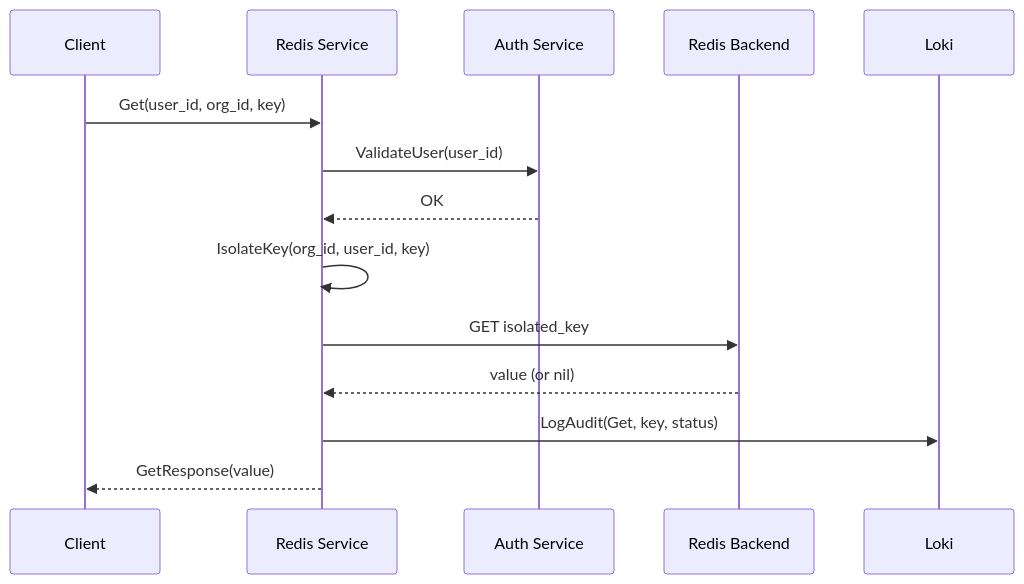
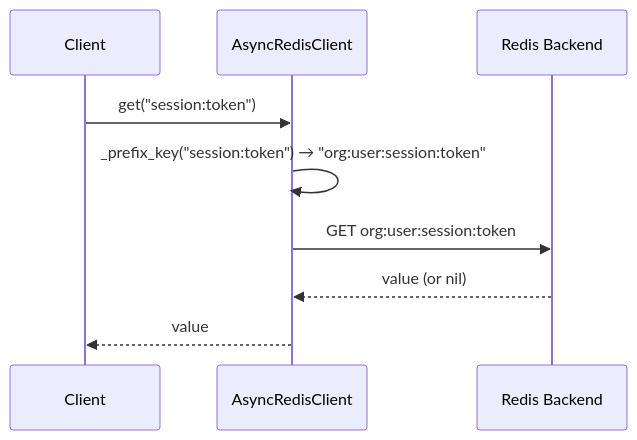
One commit to xenoISA/isA_Cloud changed the first of 3 diagrams in docs/design/README.md. Above: the diagram before and after it, drawn with Mermaid. The commit also changed other lines of this file and 5 other files, not shown here.

First line of the commit message:
docs: rewrite core docs to reflect Python-native architecture

````diff
--- a/docs/design/README.md
+++ b/docs/design/README.md
@@ -137,17 +134,12 @@
 ```mermaid
 sequenceDiagram
     participant C as Client
-    participant R as Redis Service
-    participant A as Auth Service
+    participant R as AsyncRedisClient
     participant Redis as Redis Backend
-    participant L as Loki
 
-    C->>R: Get(user_id, org_id, key)
-    R->>A: ValidateUser(user_id)
-    A-->>R: OK
-    R->>R: IsolateKey(org_id, user_id, key)
-    R->>Redis: GET isolated_key
+    C->>R: get("session:token")
+    R->>R: _prefix_key("session:token") → "org:user:session:token"
+    R->>Redis: GET org:user:session:token
     Redis-->>R: value (or nil)
-    R->>L: LogAudit(Get, key, status)
-    R-->>C: GetResponse(value)
+    R-->>C: value
 ```
````
